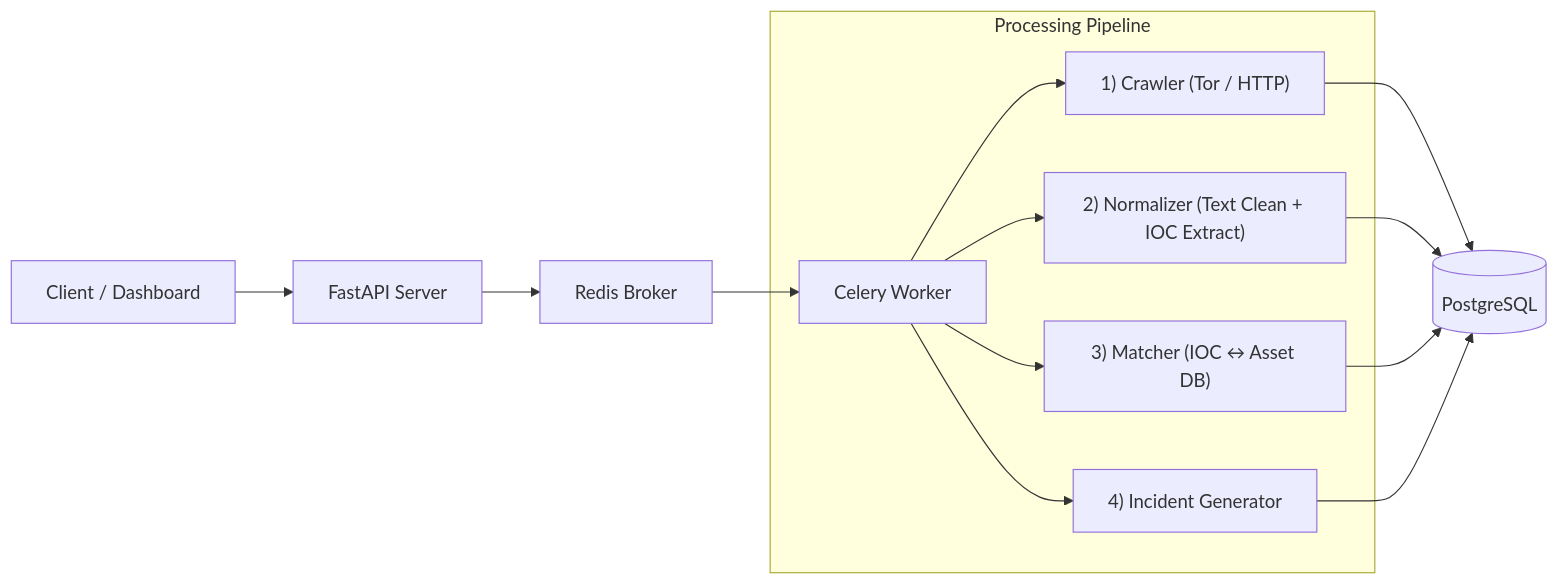
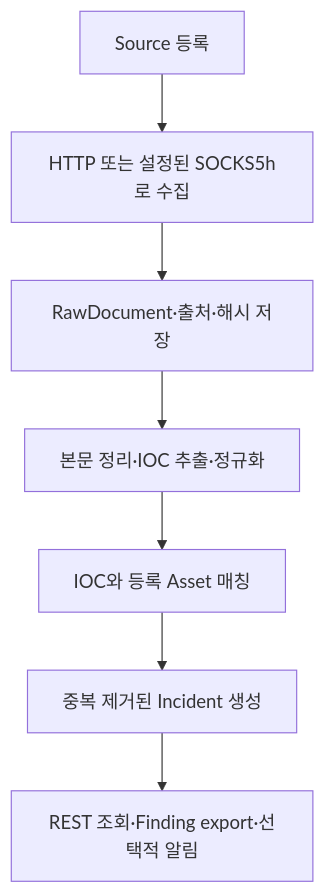
One commit to rasasoe/DotasPlus changed the first of 2 diagrams in README.md. Above: the diagram before and after it, drawn with Mermaid. The commit also changed other lines of this file and 22 other files, not shown here.

First line of the commit message:
Stabilize CTI contracts and defensive collection flow (#2)

````diff
--- a/README.md
+++ b/README.md
@@ -27,20 +24,9 @@
 ```mermaid
-flowchart LR
-    User["Client / Dashboard"]
-        --> API["FastAPI Server"]
-
-    API --> Redis["Redis Broker"]
-    Redis --> Worker["Celery Worker"]
-
-    subgraph Pipeline["Processing Pipeline"]
-        Worker --> C["1) Crawler (Tor &sol; HTTP)"]
-        Worker --> N["2) Normalizer (Text Clean + IOC Extract)"]
-        Worker --> M["3) Matcher (IOC ↔ Asset DB)"]
-        Worker --> I["4) Incident Generator"]
-    end
-
-    C --> DB[(PostgreSQL)]
-    N --> DB
-    M --> DB
-    I --> DB
+flowchart TD
+    A["Source 등록"] --> B["HTTP 또는 설정된 SOCKS5h로 수집"]
+    B --> C["RawDocument·출처·해시 저장"]
+    C --> D["본문 정리·IOC 추출·정규화"]
+    D --> E["IOC와 등록 Asset 매칭"]
+    E --> F["중복 제거된 Incident 생성"]
+    F --> G["REST 조회·Finding export·선택적 알림"]
 ```
````
